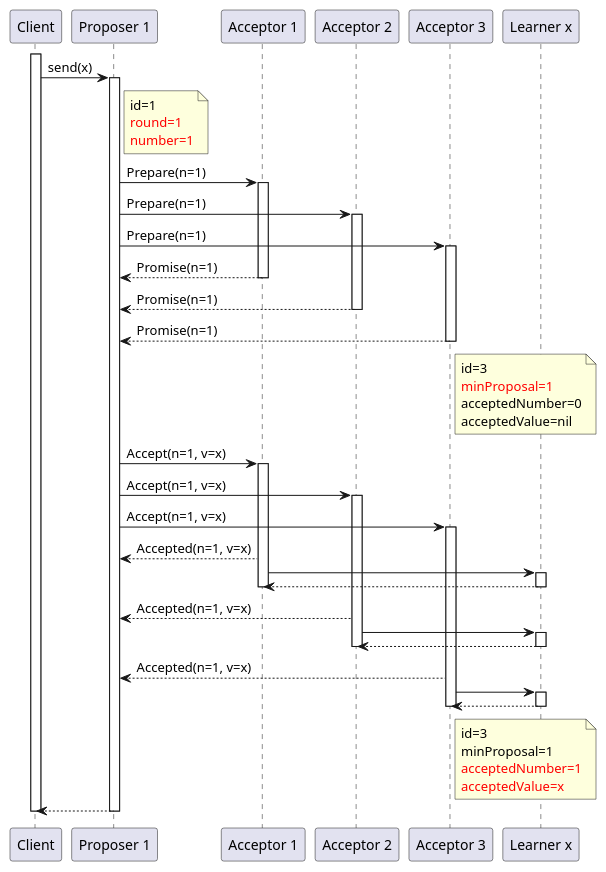
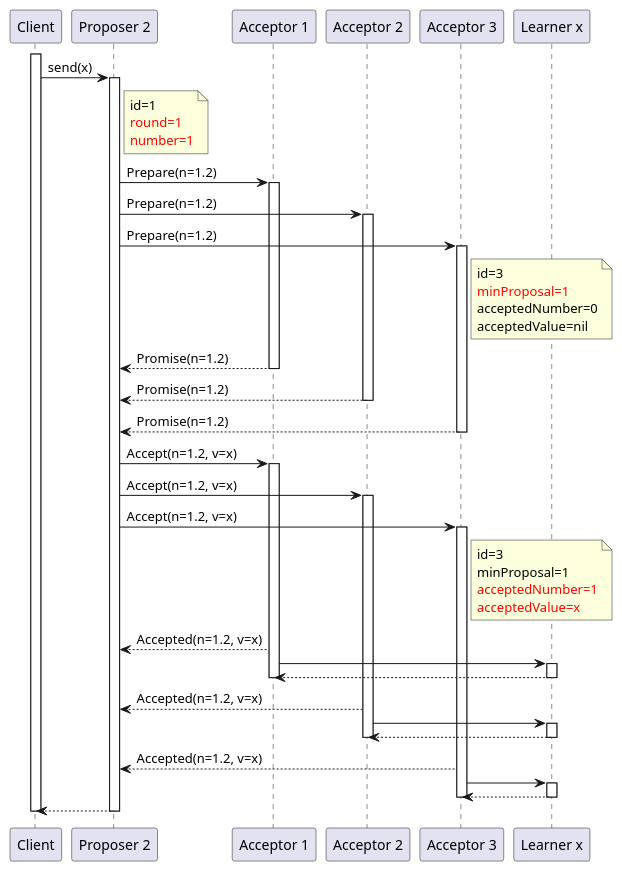
The second of 3 diagrams in src/pages/posts/distribution-paxos-basic.adoc (nocnob/notfound), drawn with PlantUML before and after one commit. The commit also changed other lines of this file and 1 other file, not shown here.

Commit message:
修改：     src/pages/posts/distribution-paxos-basic.adoc

```diff
--- a/src/pages/posts/distribution-paxos-basic.adoc
+++ b/src/pages/posts/distribution-paxos-basic.adoc
@@ -53,60 +55,75 @@
 [source,plantuml]
 ----
 @startuml
 participant Client as c
-participant "Proposer 1" as p
+participant "Proposer 2" as p
 participant "Acceptor 1" as a1
 participant "Acceptor 2" as a2
 participant "Acceptor 3" as a3
 participant "Learner x" as lx
 
 activate c
 c -> p : send(x)
 activate p
+note right p
+    id=1
+    <font color=red>round=1
+    <font color=red>number=1
+end note
 
-note right p: id=1\n<font color=red>round=1\n<font color=red>number=1
-p -> a1 : Prepare(n=1)
+p -> a1 : Prepare(n=1.2)
 activate a1
-p -> a2 : Prepare(n=1)
+p -> a2 : Prepare(n=1.2)
 activate a2
-p -> a3 : Prepare(n=1)
+p -> a3 : Prepare(n=1.2)
 activate a3
-p <-- a1 : Promise(n=1)
+note right a3
+    id=3
+    <font color=red>minProposal=1
+    acceptedNumber=0
+    acceptedValue=nil
+end note
+
+p <-- a1 : Promise(n=1.2)
 deactivate a1
-p <-- a2 : Promise(n=1)
+p <-- a2 : Promise(n=1.2)
 deactivate a2
-p <-- a3 : Promise(n=1)
+p <-- a3 : Promise(n=1.2)
 deactivate a3
-note right a3: id=3\n<font color=red>minProposal=1\nacceptedNumber=0\nacceptedValue=nil
 
-p -> a1 : Accept(n=1, v=x)
+p -> a1 : Accept(n=1.2, v=x)
 activate a1
-p -> a2 : Accept(n=1, v=x)
+p -> a2 : Accept(n=1.2, v=x)
 activate a2
-p -> a3 : Accept(n=1, v=x)
+p -> a3 : Accept(n=1.2, v=x)
 activate a3
-p <-- a1 : Accepted(n=1, v=x)
+note right a3
+    id=3
+    minProposal=1
+    <font color=red>acceptedNumber=1
+    <font color=red>acceptedValue=x
+end note
+p <-- a1 : Accepted(n=1.2, v=x)
     a1 -> lx
     activate lx
     a1 <-- lx
     deactivate lx
 deactivate a1
-p <-- a2 : Accepted(n=1, v=x)
+p <-- a2 : Accepted(n=1.2, v=x)
     a2 -> lx
     activate lx
     a2 <-- lx
     deactivate lx
 deactivate a2
-p <-- a3 : Accepted(n=1, v=x)
+p <-- a3 : Accepted(n=1.2, v=x)
     a3 -> lx
     activate lx
     a3 <-- lx
     deactivate lx
 deactivate a3
-note right a3: id=3\nminProposal=1\n<font color=red>acceptedNumber=1\n<font color=red>acceptedValue=x
 
 c <-- p
 deactivate p
 deactivate c
 @enduml
 ----
```
